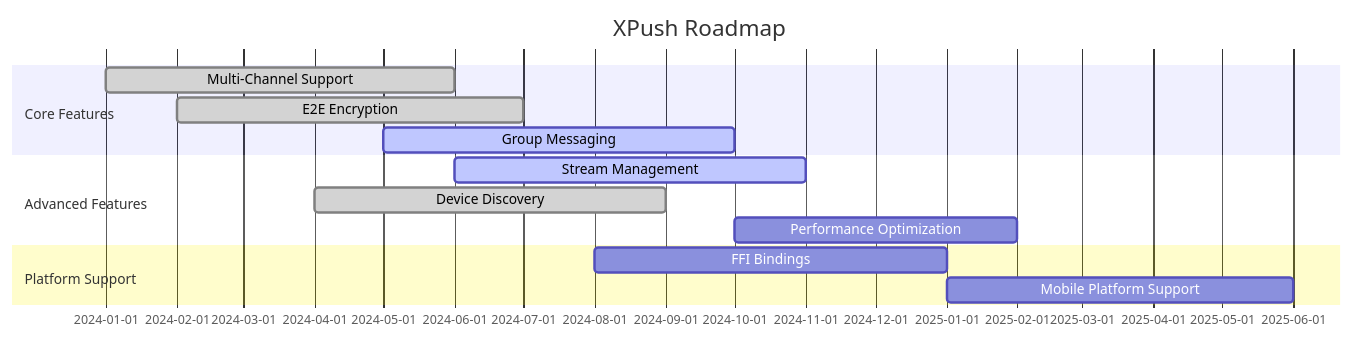
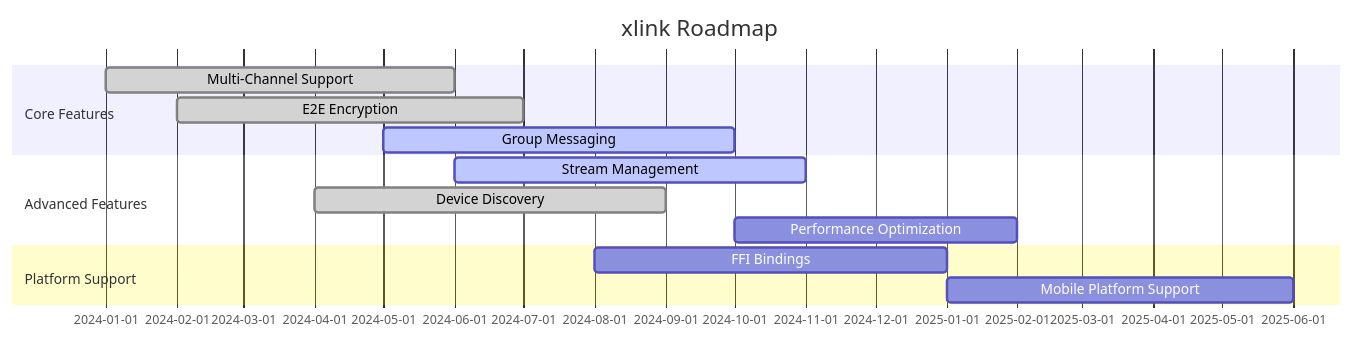
One commit to Kirky-X/xlink changed the third of 3 diagrams in README.md. Above: the diagram before and after it, drawn with Mermaid. The commit also changed other lines of this file, not shown here.

First line of the commit message:
Update README: Rename project from XPush to xlink

````diff
--- a/README.md
+++ b/README.md
@@ -832,16 +834,16 @@
 ```mermaid
 gantt
-    title XPush Roadmap
+    title xlink Roadmap
     dateFormat  YYYY-MM
     section Core Features
     Multi-Channel Support    :done, 2024-01, 2024-06
     E2E Encryption           :done, 2024-02, 2024-07
     Group Messaging          :active, 2024-05, 2024-10
     section Advanced Features
     Stream Management        :active, 2024-06, 2024-11
     Device Discovery         :done, 2024-04, 2024-09
     Performance Optimization :2024-10, 2025-02
     section Platform Support
     FFI Bindings             :2024-08, 2025-01
     Mobile Platform Support  :2025-01, 2025-06
 ```
````
